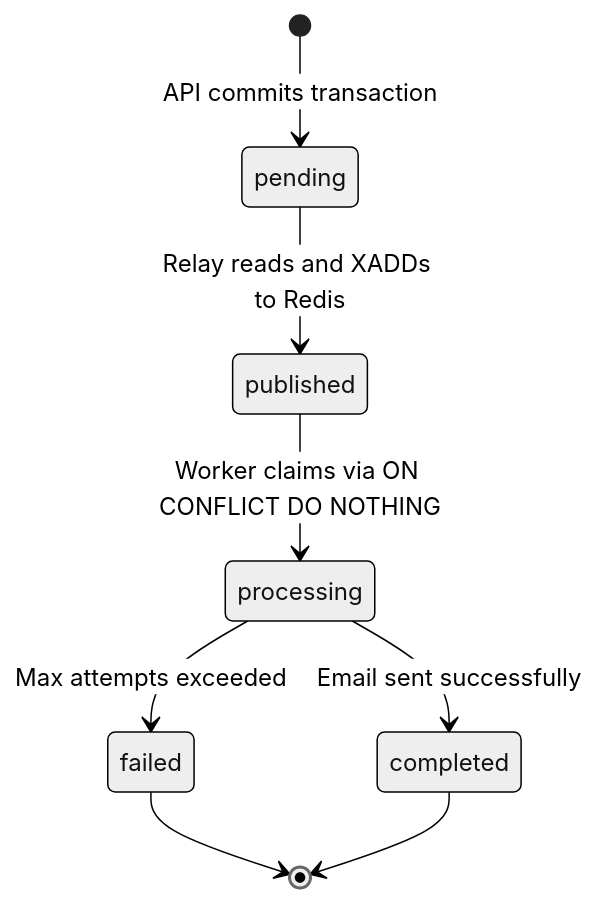
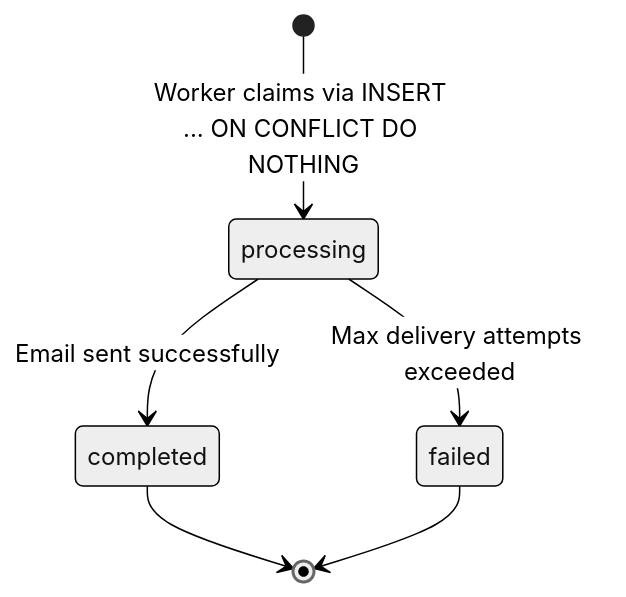
The seventh of 8 diagrams in docs/superpowers/specs/2026-06-16-backend-architecture-design.md (hefest2026/hefest-docs), drawn with Mermaid (neutral theme) before and after one commit. The commit also changed other lines of this file, not shown here.

````diff
--- a/docs/superpowers/specs/2026-06-16-backend-architecture-design.md
+++ b/docs/superpowers/specs/2026-06-16-backend-architecture-design.md
@@ -382,10 +413,8 @@
 ```mermaid
 stateDiagram-v2
-    [*] --> pending : API commits transaction
-    pending --> published : Relay reads and XADDs to Redis
-    published --> processing : Worker claims via ON CONFLICT DO NOTHING
+    [*] --> processing : Worker claims via INSERT ... ON CONFLICT DO NOTHING
     processing --> completed : Email sent successfully
-    processing --> failed : Max attempts exceeded
+    processing --> failed : Max delivery attempts exceeded
+    completed --> [*]
     failed --> [*]
-    completed --> [*]
 ```
````
